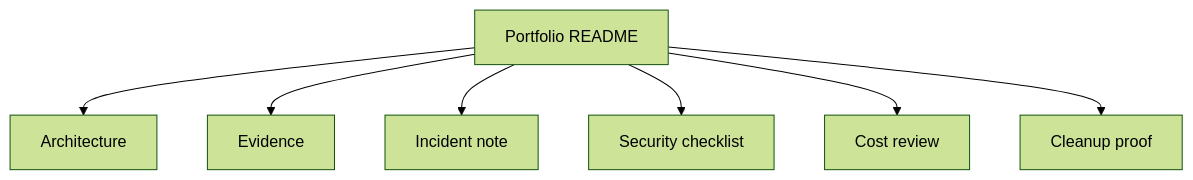
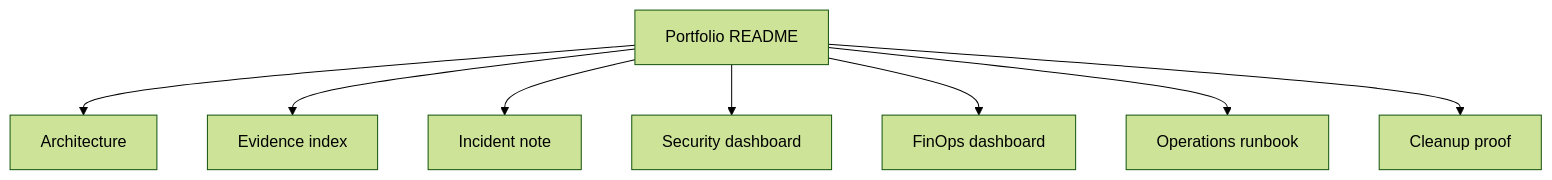
One commit to niceguy61/kdt_devops_lecture_2026_rev2 changed the diagram in week5/day5/lesson-07.md. Above: the diagram before and after it, drawn with Mermaid (forest theme). The commit also changed other lines of this file and 12 other files, not shown here.

````diff
--- a/week5/day5/lesson-07.md
+++ b/week5/day5/lesson-07.md
@@ -24,9 +37,10 @@
 ```mermaid
 flowchart TD
   Readme["Portfolio README"] --> Arch["Architecture"]
-  Readme --> Evidence["Evidence"]
+  Readme --> Evidence["Evidence index"]
   Readme --> Incident["Incident note"]
-  Readme --> Security["Security checklist"]
-  Readme --> Cost["Cost review"]
+  Readme --> Security["Security dashboard"]
+  Readme --> Cost["FinOps dashboard"]
+  Readme --> Runbook["Operations runbook"]
   Readme --> Cleanup["Cleanup proof"]
 ```
````
